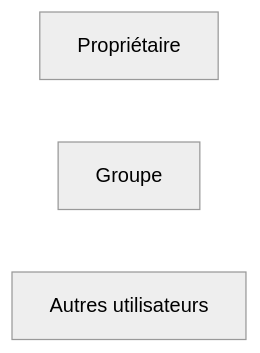
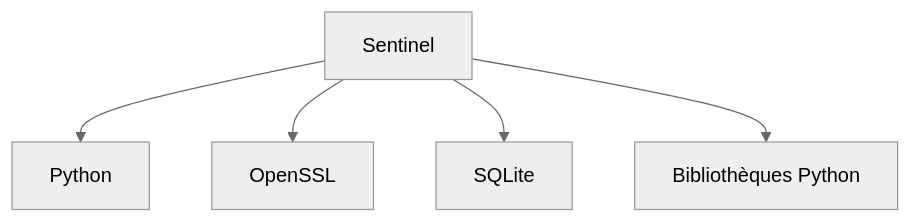
Diagram 11 of 20 in campagne 1/1.5.md (tdelaclos/formations), drawn with Mermaid (neutral theme) before and after one commit. The commit also changed other lines of this file, not shown here.

````diff
--- a/campagne 1/1.5.md
+++ b/campagne 1/1.5.md
@@ -817,9 +673,13 @@
 ```mermaid
-flowchart LR
+flowchart TD
 
-A["Propriétaire"]
+A["Sentinel"]
 
-B["Groupe"]
+A --> B["Python"]
 
-C["Autres utilisateurs"]
+A --> C["OpenSSL"]
+
+A --> D["SQLite"]
+
+A --> E["Bibliothèques Python"]
 ```
````
